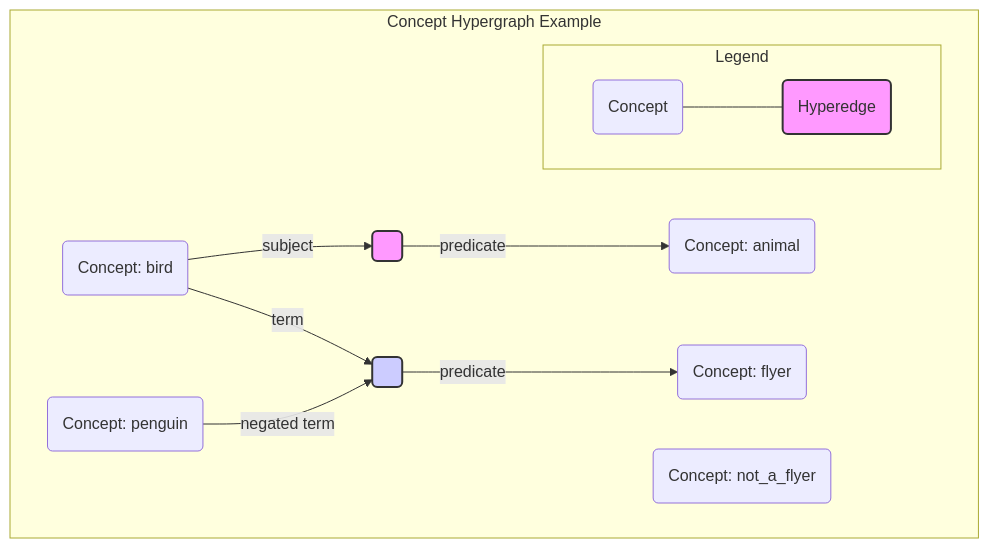
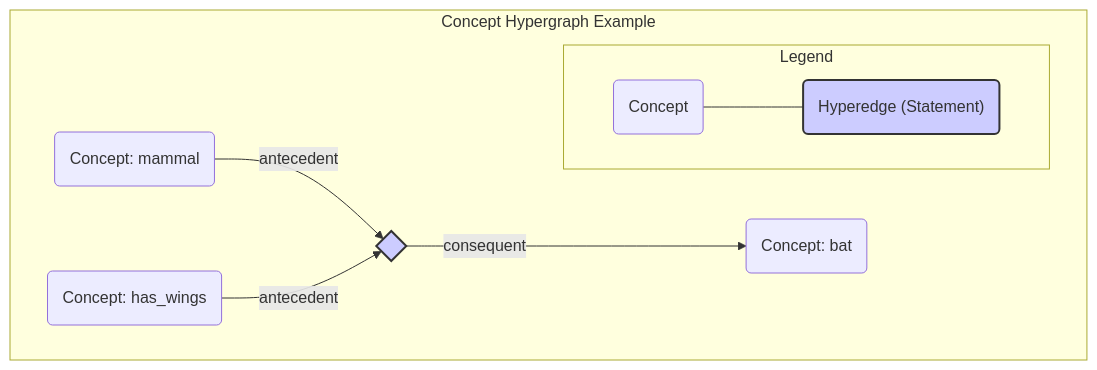
Before and after one commit to automenta/hypernars1: the second of 4 diagrams in DESIGN.md, drawn with Mermaid. The commit also changed other lines of this file and 1 other file, not shown here.

````diff
--- a/DESIGN.md
+++ b/DESIGN.md
@@ -911,29 +932,24 @@
     ```mermaid
     graph TD
         subgraph "Concept Hypergraph Example"
-            A("Concept: bird")
-            B("Concept: animal")
-            C("Concept: flyer")
-            D("Concept: penguin")
-            E("Concept: not_a_flyer")
+            A("Concept: mammal")
+            B("Concept: has_wings")
+            C("Concept: bat")
 
-            H1( )
-            H2( )
+            Hyperedge{ }
 
-            A -- "subject" --> H1 -- "predicate" --> B
-            A -- "term" --> H2
-            D -- "negated term" --> H2
-            H2 -- "predicate" --> C
+            A -- "antecedent" --> Hyperedge
+            B -- "antecedent" --> Hyperedge
+            Hyperedge -- "consequent" --> C
 
-            subgraph "Legend"
+            subgraph Legend
                 direction LR
                 L1("Concept")
-                L2( )
-                L1 --- L2("Hyperedge")
+                L2{ }
+                L1---L2("Hyperedge (Statement)")
             end
         end
 
-        style H1 fill:#f9f,stroke:#333,stroke-width:2px,rx:5px,ry:5px
-        style H2 fill:#ccf,stroke:#333,stroke-width:2px,rx:5px,ry:5px
-        style L2 fill:#f9f,stroke:#333,stroke-width:2px,rx:5px,ry:5px
+        style Hyperedge fill:#ccf,stroke:#333,stroke-width:2px,rx:5px,ry:5px
+        style L2 fill:#ccf,stroke:#333,stroke-width:2px,rx:5px,ry:5px
     ```
````
